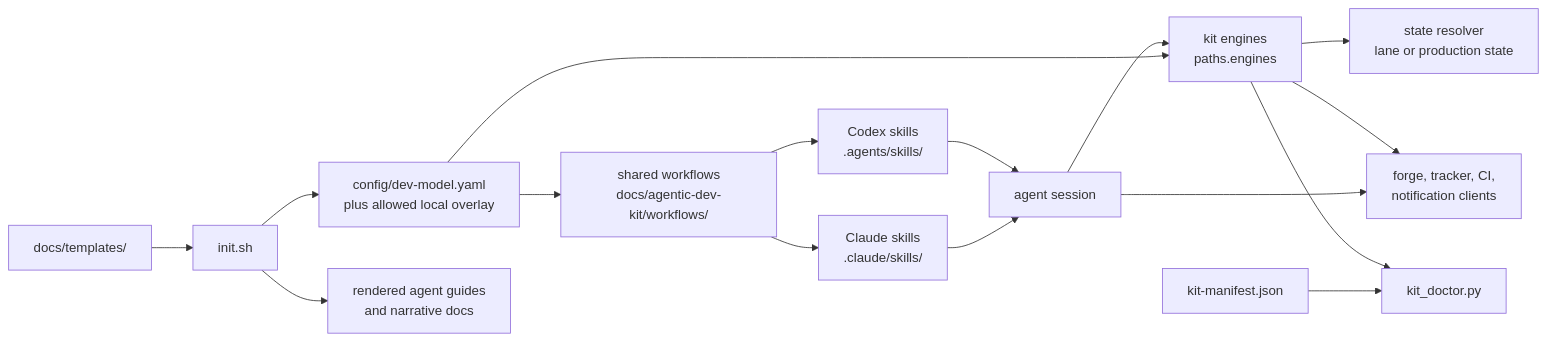
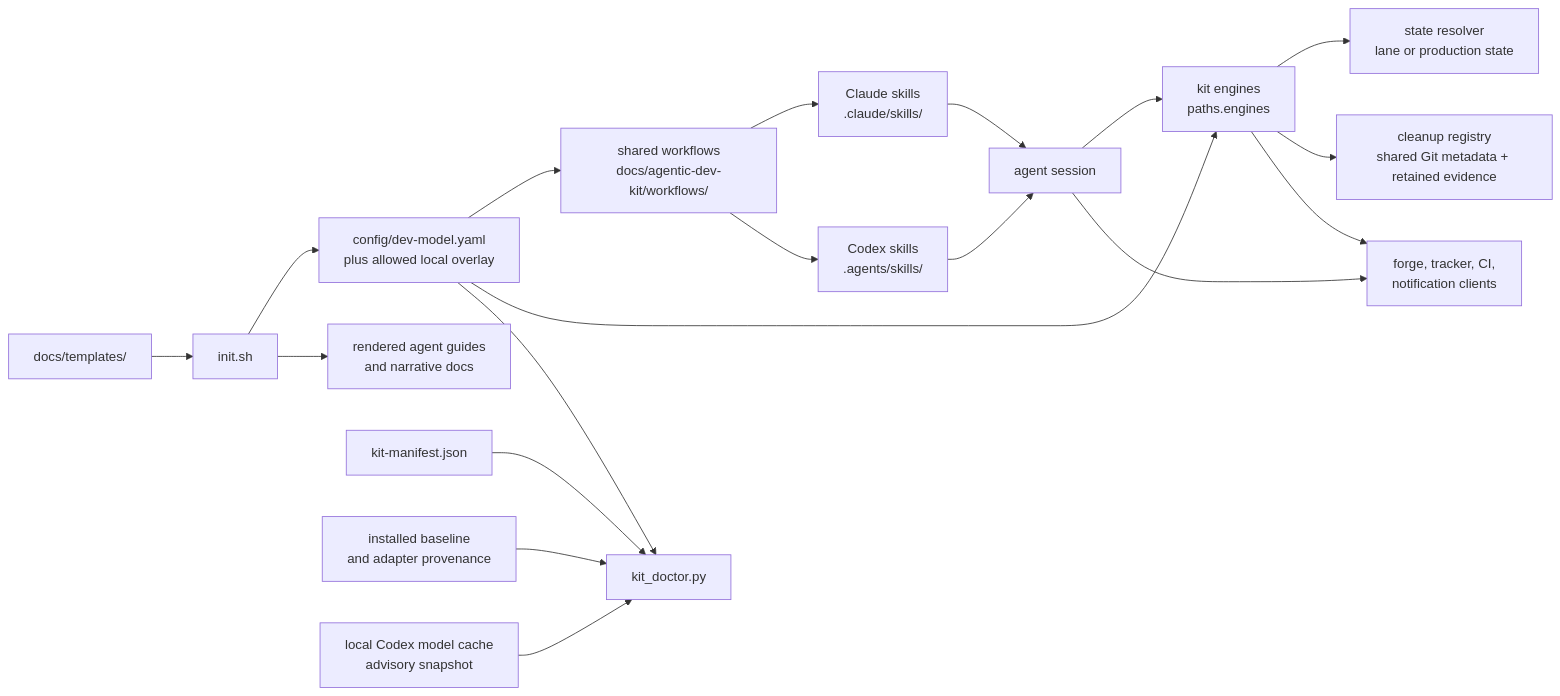
The first of 6 diagrams in docs/architecture.md (topij/agentic-dev-kit), drawn with Mermaid before and after one commit. The commit also changed other lines of this file and 3 other files, not shown here.

````diff
--- a/docs/architecture.md
+++ b/docs/architecture.md
@@ -11,18 +11,21 @@
 ```mermaid
 flowchart LR
     Config["config/dev-model.yaml<br/>plus allowed local overlay"] --> Workflows["shared workflows<br/>docs/agentic-dev-kit/workflows/"]
     Config --> Engines["kit engines<br/>paths.engines"]
     Workflows --> Claude["Claude skills<br/>.claude/skills/"]
     Workflows --> Codex["Codex skills<br/>.agents/skills/"]
     Claude --> Agent["agent session"]
     Codex --> Agent
     Agent --> Engines
     Engines --> State["state resolver<br/>lane or production state"]
+    Engines --> Registry["cleanup registry<br/>shared Git metadata + retained evidence"]
     Agent --> Forge["forge, tracker, CI,<br/>notification clients"]
     Engines --> Forge
     Templates["docs/templates/"] --> Init["init.sh"]
     Init --> Config
     Init --> Rendered["rendered agent guides<br/>and narrative docs"]
     Manifest["kit-manifest.json"] --> Doctor["kit_doctor.py"]
-    Engines --> Doctor
+    Config --> Doctor
+    Baseline["installed baseline<br/>and adapter provenance"] --> Doctor
+    Cache["local Codex model cache<br/>advisory snapshot"] --> Doctor
 ```
````
